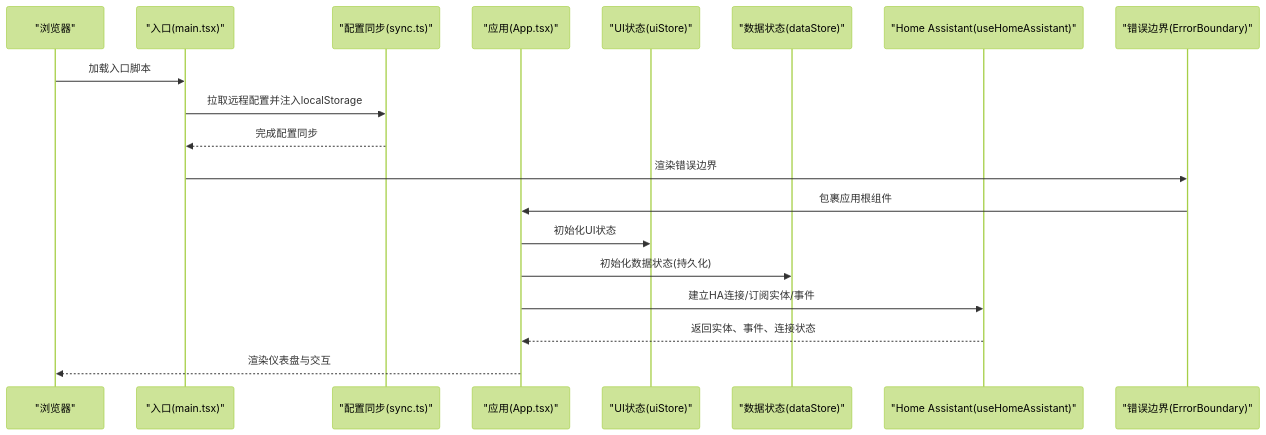
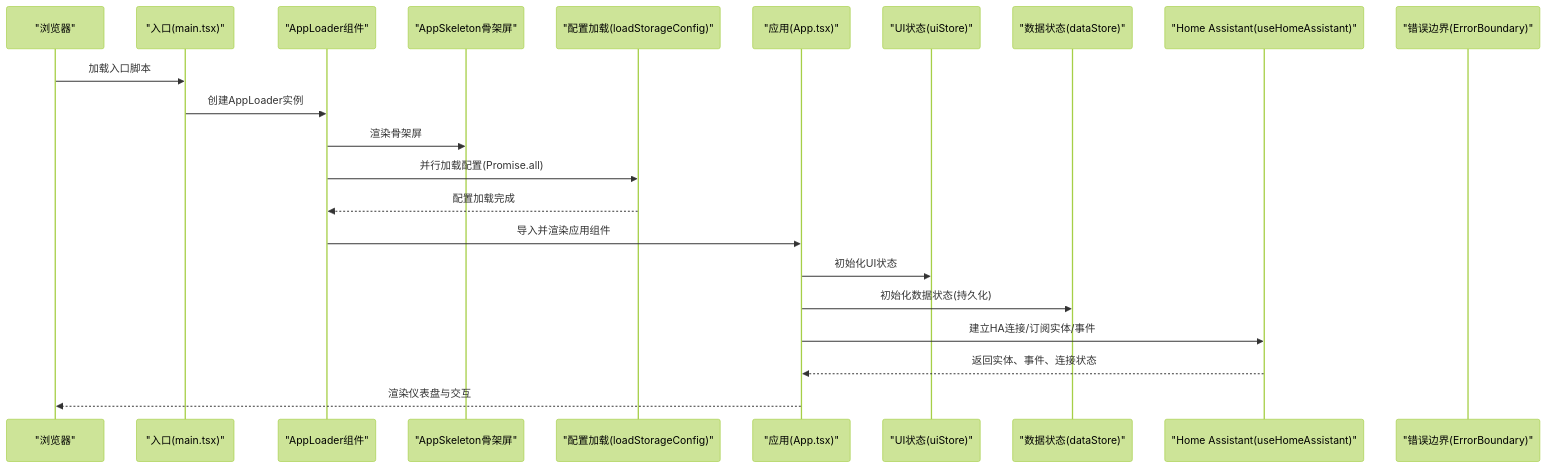
The second of 9 diagrams in .qoder/repowiki/zh/content/架构设计/前端架构设计.md (skyeyinkun/HAUI), drawn with Mermaid (forest theme) before and after one commit. The commit also changed other lines of this file and 14 other files, not shown here.

````diff
--- a/.qoder/repowiki/zh/content/架构设计/前端架构设计.md
+++ b/.qoder/repowiki/zh/content/架构设计/前端架构设计.md
@@ -114,21 +130,24 @@
 ```mermaid
 sequenceDiagram
 participant Browser as "浏览器"
 participant Entry as "入口(main.tsx)"
-participant Sync as "配置同步(sync.ts)"
+participant Loader as "AppLoader组件"
+participant Skeleton as "AppSkeleton骨架屏"
+participant Config as "配置加载(loadStorageConfig)"
 participant App as "应用(App.tsx)"
 participant UIStore as "UI状态(uiStore)"
 participant DataStore as "数据状态(dataStore)"
 participant HA as "Home Assistant(useHomeAssistant)"
 participant EB as "错误边界(ErrorBoundary)"
 Browser->>Entry : 加载入口脚本
-Entry->>Sync : 拉取远程配置并注入localStorage
-Sync-->>Entry : 完成配置同步
-Entry->>EB : 渲染错误边界
-EB->>App : 包裹应用根组件
+Entry->>Loader : 创建AppLoader实例
+Loader->>Skeleton : 渲染骨架屏
+Loader->>Config : 并行加载配置(Promise.all)
+Config-->>Loader : 配置加载完成
+Loader->>App : 导入并渲染应用组件
 App->>UIStore : 初始化UI状态
 App->>DataStore : 初始化数据状态(持久化)
 App->>HA : 建立HA连接/订阅实体/事件
 HA-->>App : 返回实体、事件、连接状态
 App-->>Browser : 渲染仪表盘与交互
 ```
````
